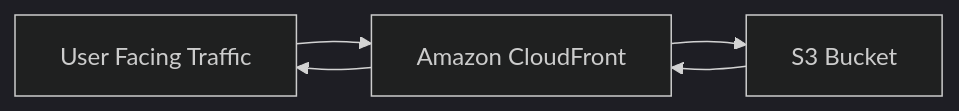
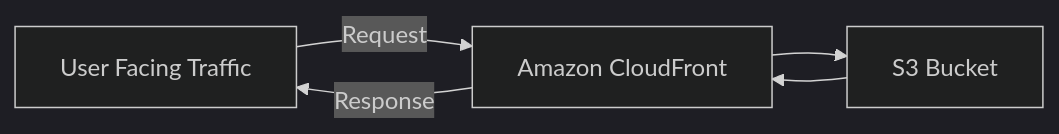
The diagram in src/content/docs/services/doqs.md (jyablonski/doqs), drawn with Mermaid (dark theme) before and after one commit. The commit also changed other lines of this file and 29 other files, not shown here.

````diff
--- a/src/content/docs/services/doqs.md
+++ b/src/content/docs/services/doqs.md
@@ -12,8 +12,8 @@
 ``` mermaid
 graph LR
-    A[User Facing Traffic] --> B[Amazon CloudFront]
+    A[User Facing Traffic] -->|Request| B[Amazon CloudFront]
     B --> C[S3 Bucket ]
     C --> B
-    B --> A
+    B -->|Response| A
 
 ```
````
